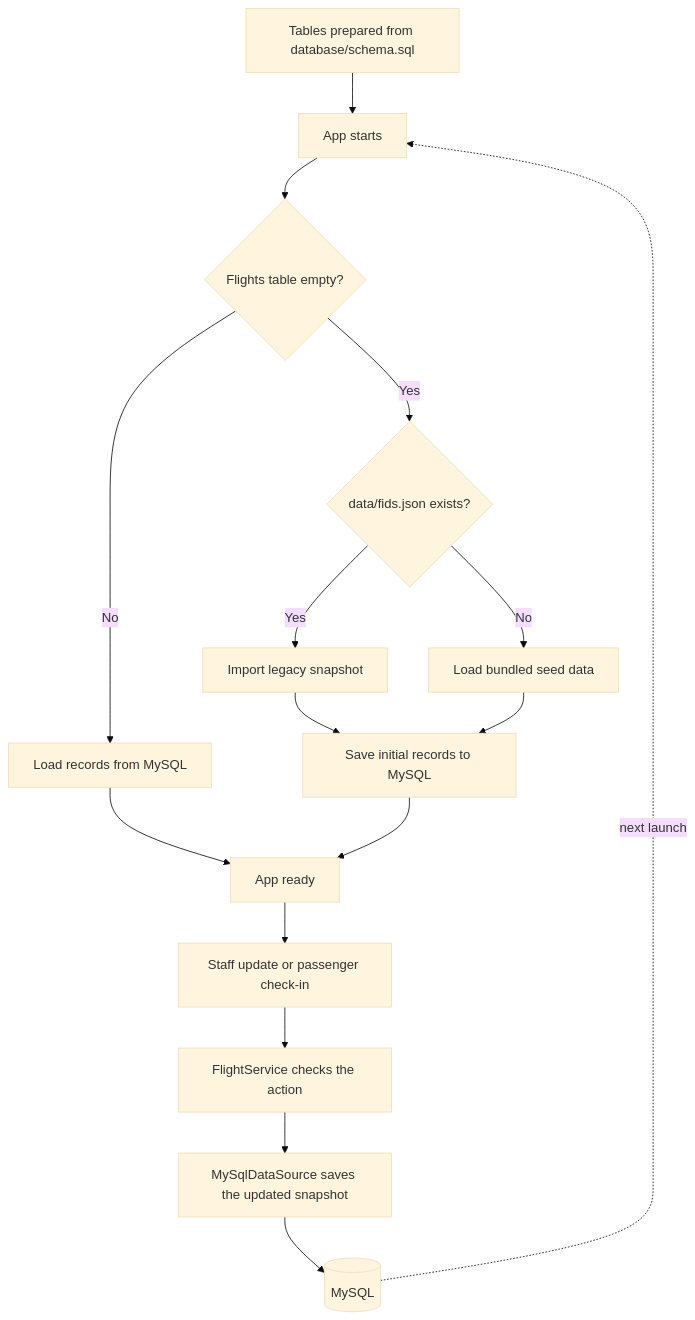
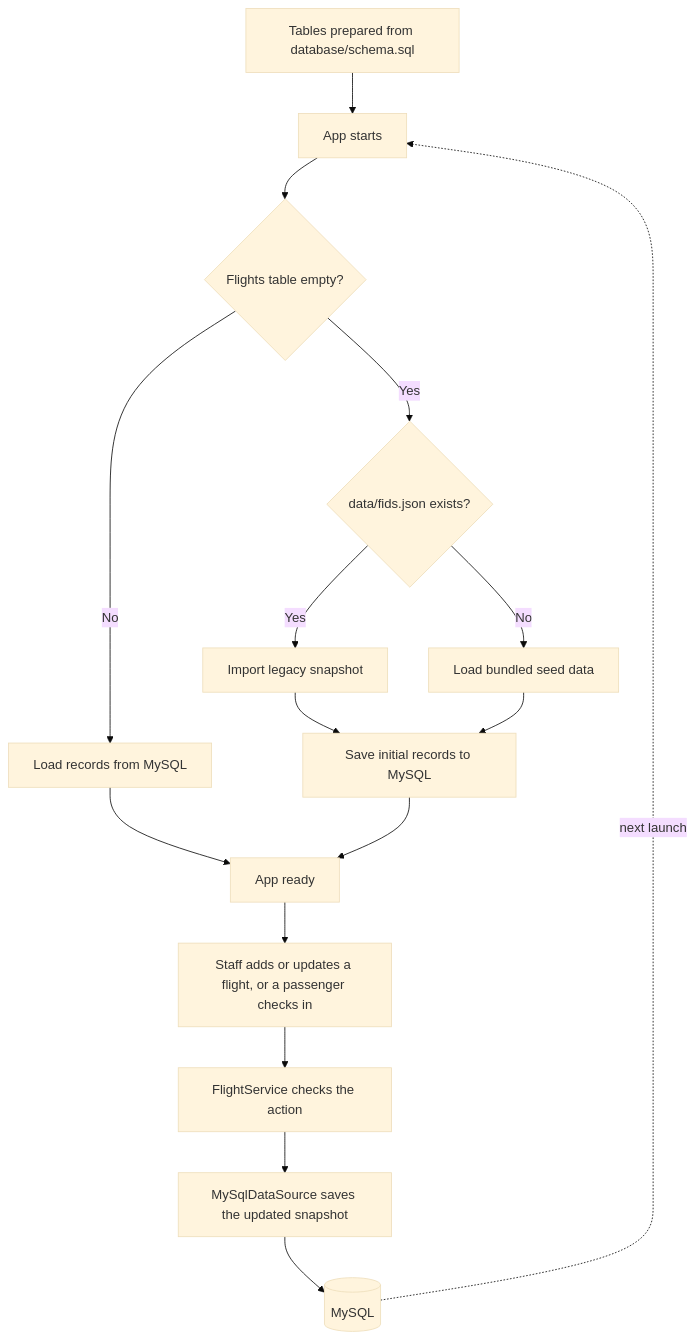
Before and after one commit to xtensionlabs/skyscope: the first of 2 diagrams in docs/database.md, drawn with Mermaid (base theme). The commit also changed other lines of this file, not shown here.

````diff
--- a/docs/database.md
+++ b/docs/database.md
@@ -5,18 +7,18 @@
 ```mermaid
 flowchart TD
     Schema["Tables prepared from database/schema.sql"] --> Start["App starts"]
     Start --> Empty{"Flights table empty?"}
     Empty -->|No| Read["Load records from MySQL"]
     Empty -->|Yes| Legacy{"data/fids.json exists?"}
     Legacy -->|Yes| Import["Import legacy snapshot"]
     Legacy -->|No| Seed["Load bundled seed data"]
     Import --> Save["Save initial records to MySQL"]
     Seed --> Save
     Read --> Ready["App ready"]
     Save --> Ready
-    Ready --> Change["Staff update or passenger check-in"]
+    Ready --> Change["Staff adds or updates a flight, or a passenger checks in"]
     Change --> Validate["FlightService checks the action"]
     Validate --> Persist["MySqlDataSource saves the updated snapshot"]
     Persist --> DB[("MySQL")]
     DB -. next launch .-> Start
 ```
````
